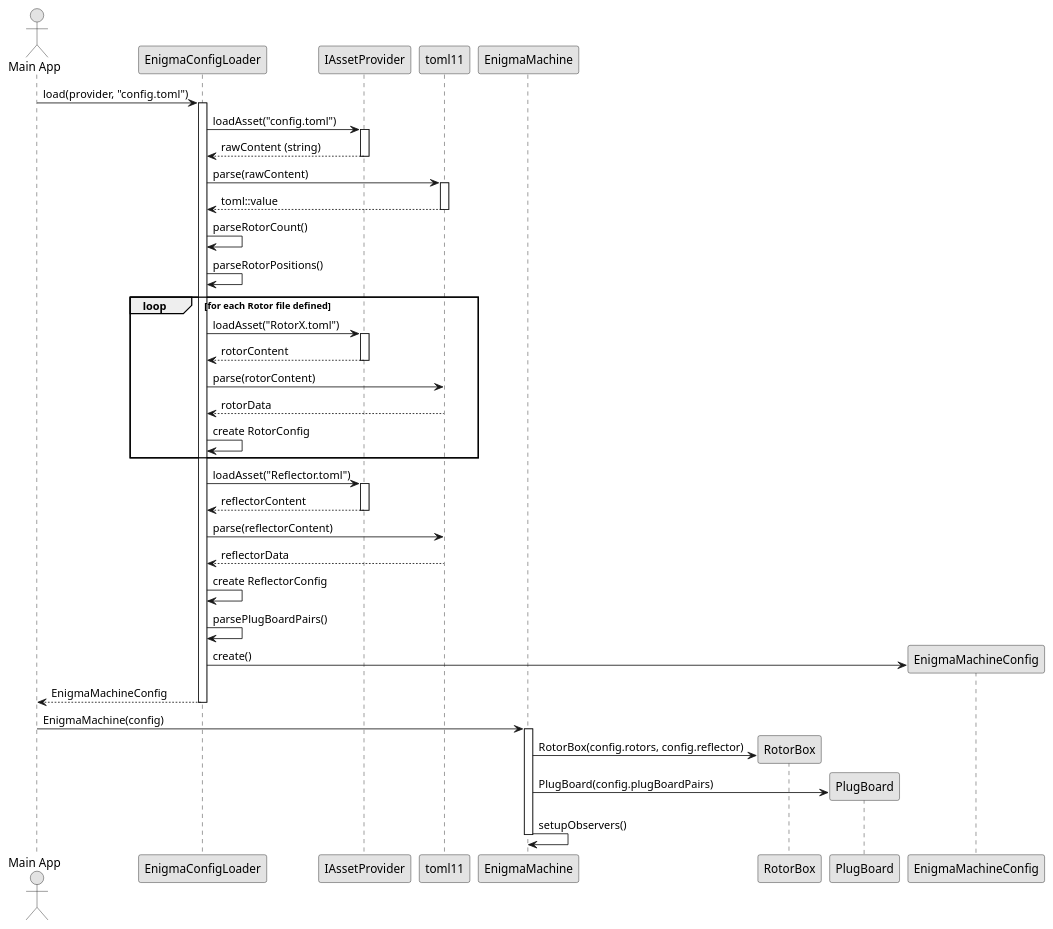
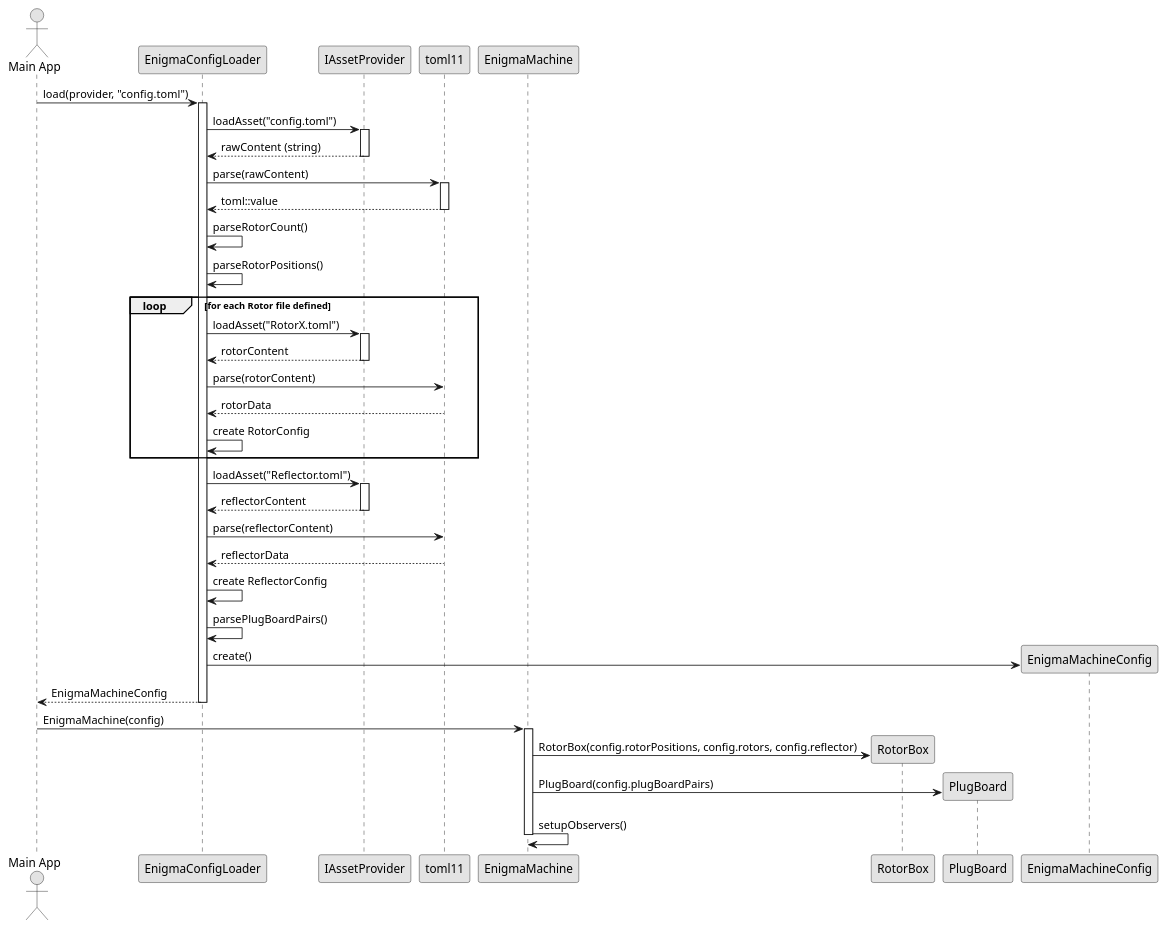
One commit to alvarocleite/EnigmaMachineCore changed the diagram in docs/diagrams/config_loading_sequence.puml. Above: the diagram before and after it, drawn with PlantUML. The commit also changed 1 other file, not shown here.

```diff
--- a/docs/diagrams/config_loading_sequence.puml
+++ b/docs/diagrams/config_loading_sequence.puml
@@ -1,71 +1,71 @@
 @startuml Enigma_Config_Loading_Sequence
 
 skinparam monochrome true
 skinparam responseMessageBelowArrow true
 
 actor "Main App" as App
 participant "EnigmaConfigLoader" as Loader
 participant "IAssetProvider" as Assets
 participant "toml11" as TOML
 participant "EnigmaMachine" as EM
 participant "RotorBox" as RB
 participant "PlugBoard" as PB
 
 App -> Loader: load(provider, "config.toml")
 activate Loader
 
     Loader -> Assets: loadAsset("config.toml")
     activate Assets
     Assets --> Loader: rawContent (string)
     deactivate Assets
 
     Loader -> TOML: parse(rawContent)
     activate TOML
     TOML --> Loader: toml::value
     deactivate TOML
 
     Loader -> Loader: parseRotorCount()
     Loader -> Loader: parseRotorPositions()
     
     loop for each Rotor file defined
         Loader -> Assets: loadAsset("RotorX.toml")
         activate Assets
         Assets --> Loader: rotorContent
         deactivate Assets
         
         Loader -> TOML: parse(rotorContent)
         TOML --> Loader: rotorData
         Loader -> Loader: create RotorConfig
     end
 
     Loader -> Assets: loadAsset("Reflector.toml")
     activate Assets
     Assets --> Loader: reflectorContent
     deactivate Assets
     
     Loader -> TOML: parse(reflectorContent)
     TOML --> Loader: reflectorData
     Loader -> Loader: create ReflectorConfig
 
     Loader -> Loader: parsePlugBoardPairs()
 
     create "EnigmaMachineConfig" as Config
     Loader -> Config: create()
     
 Loader --> App: EnigmaMachineConfig
 deactivate Loader
 
 App -> EM: EnigmaMachine(config)
 activate EM
     
     create RB
-    EM -> RB: RotorBox(config.rotors, config.reflector)
+    EM -> RB: RotorBox(config.rotorPositions, config.rotors, config.reflector)
     
     create PB
     EM -> PB: PlugBoard(config.plugBoardPairs)
 
     EM -> EM: setupObservers()
 
 deactivate EM
 
 @enduml
```
